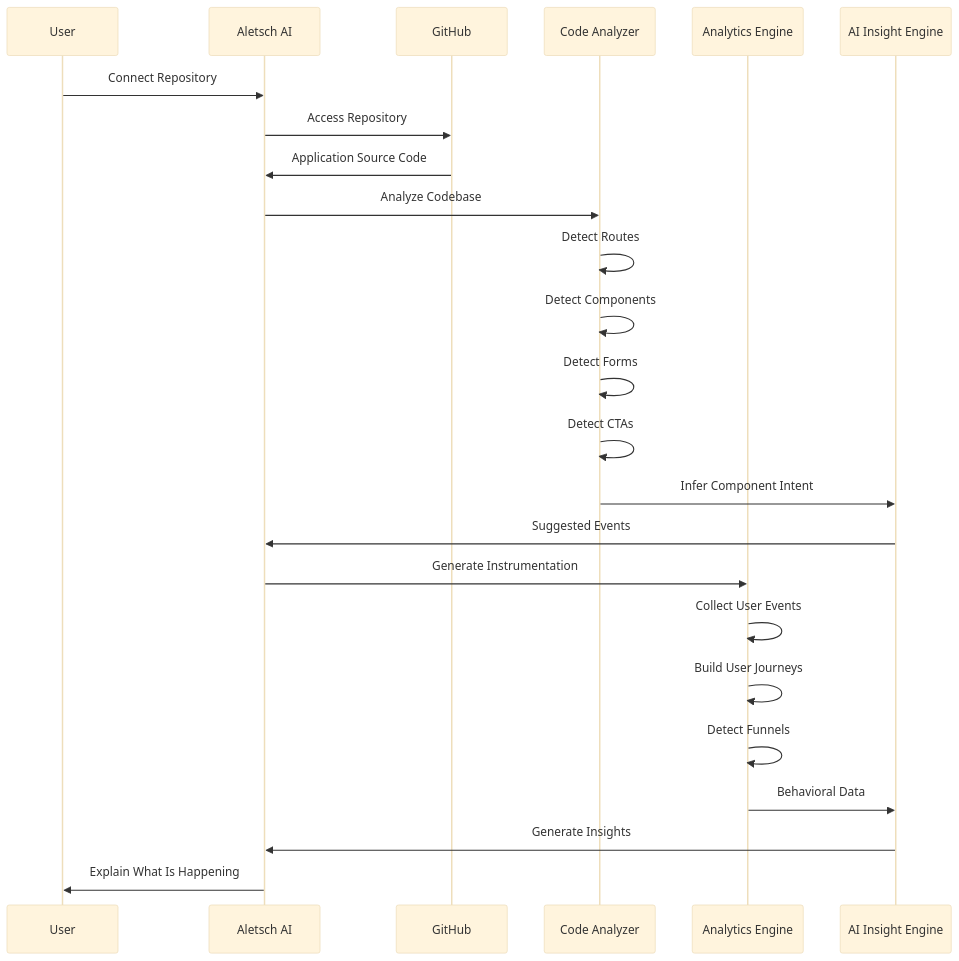
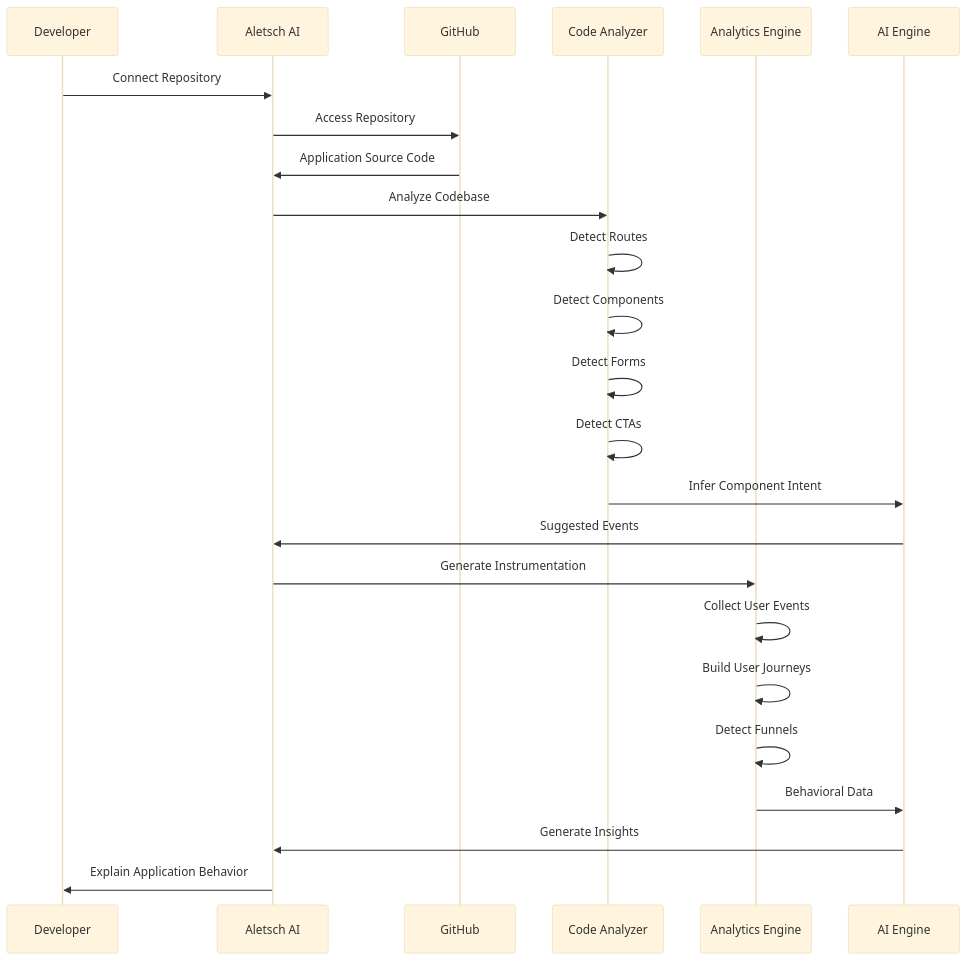
Diagram 13 of 17 in README.md (valentino0405/aletsch_ai), drawn with Mermaid (base theme) before and after one commit. The commit also changed other lines of this file, not shown here.

````diff
--- a/README.md
+++ b/README.md
@@ -463,33 +635,36 @@
 ```mermaid
 sequenceDiagram
 
-    participant U as User
+    participant U as Developer
     participant A as Aletsch AI
     participant G as GitHub
     participant C as Code Analyzer
     participant D as Analytics Engine
-    participant AI as AI Insight Engine
+    participant AI as AI Engine
 
     U->>A: Connect Repository
     A->>G: Access Repository
     G->>A: Application Source Code
 
     A->>C: Analyze Codebase
+
     C->>C: Detect Routes
     C->>C: Detect Components
     C->>C: Detect Forms
     C->>C: Detect CTAs
 
     C->>AI: Infer Component Intent
     AI->>A: Suggested Events
 
     A->>D: Generate Instrumentation
+
     D->>D: Collect User Events
     D->>D: Build User Journeys
     D->>D: Detect Funnels
 
     D->>AI: Behavioral Data
+
     AI->>A: Generate Insights
 
-    A->>U: Explain What Is Happening
+    A->>U: Explain Application Behavior
 ```
````
